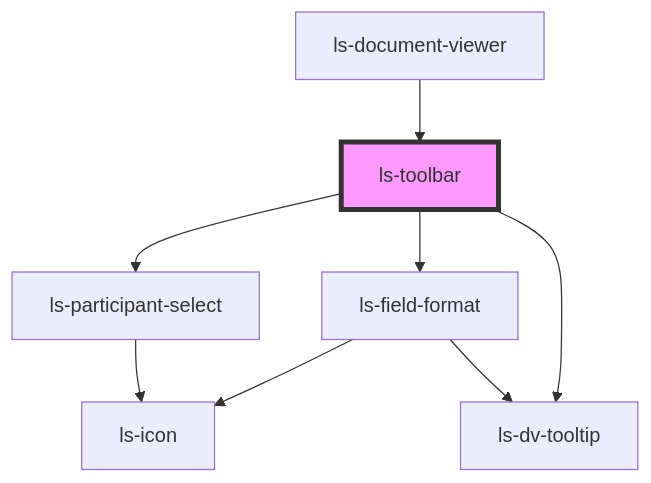
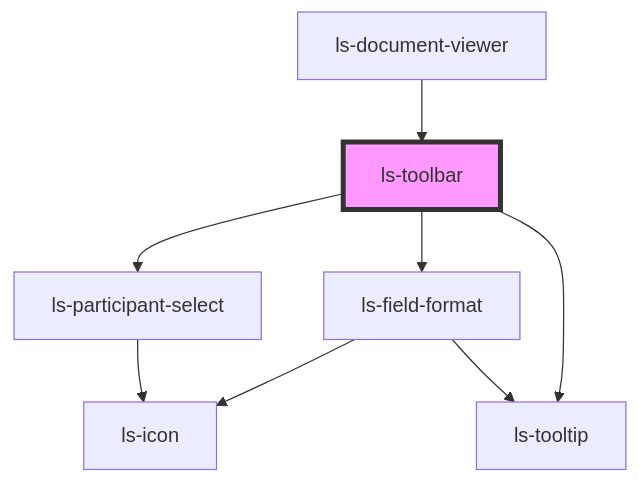
Before and after one commit to legalesign/ls-document-viewer: the diagram in src/components/ls-toolbar/readme.md, drawn with Mermaid. The commit also changed other lines of this file and 52 other files, not shown here.

````diff
--- a/src/components/ls-toolbar/readme.md
+++ b/src/components/ls-toolbar/readme.md
@@ -41,11 +41,11 @@
 ```mermaid
 graph TD;
   ls-toolbar --> ls-field-format
   ls-toolbar --> ls-participant-select
-  ls-toolbar --> ls-dv-tooltip
+  ls-toolbar --> ls-tooltip
   ls-field-format --> ls-icon
-  ls-field-format --> ls-dv-tooltip
+  ls-field-format --> ls-tooltip
   ls-participant-select --> ls-icon
   ls-document-viewer --> ls-toolbar
   style ls-toolbar fill:#f9f,stroke:#333,stroke-width:4px
 ```
````
